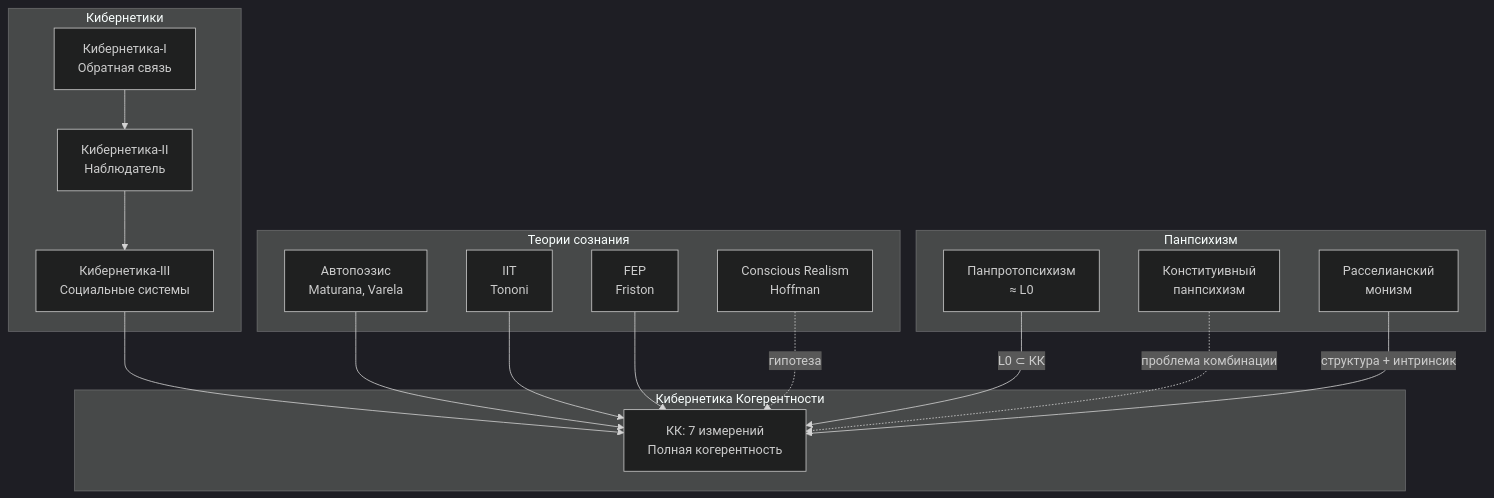
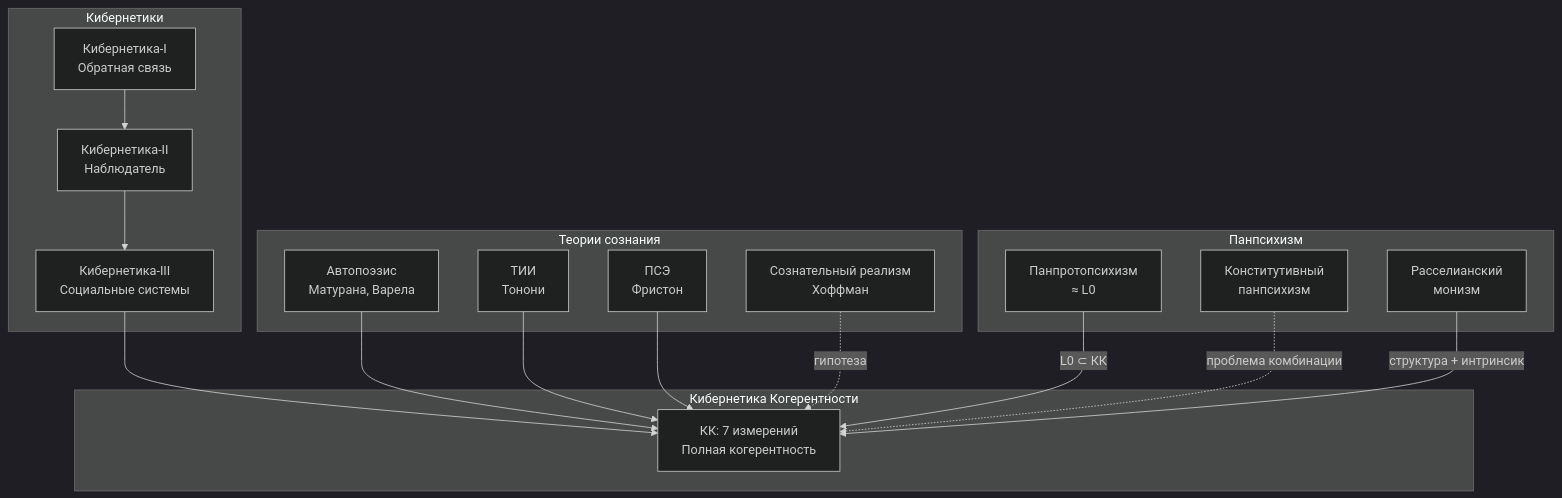
Before and after one commit to uhm-theory/holon: the first of 2 diagrams in website/docs/applied/coherence-cybernetics/hierarchy.md, drawn with Mermaid (dark theme). The commit also changed other lines of this file and 36 other files, not shown here.

````diff
--- a/website/docs/applied/coherence-cybernetics/hierarchy.md
+++ b/website/docs/applied/coherence-cybernetics/hierarchy.md
@@ -448,30 +518,30 @@
 ```mermaid
 graph TB
     subgraph "Кибернетика Когерентности"
         KK[КК: 7 измерений<br/>Полная когерентность]
     end
     subgraph "Кибернетики"
         C1[Кибернетика-I<br/>Обратная связь]
         C2[Кибернетика-II<br/>Наблюдатель]
         C3[Кибернетика-III<br/>Социальные системы]
     end
     subgraph "Теории сознания"
-        AP[Автопоэзис<br/>Maturana, Varela]
-        IIT[IIT<br/>Tononi]
-        FEP[FEP<br/>Friston]
-        CR[Conscious Realism<br/>Hoffman]
+        AP[Автопоэзис<br/>Матурана, Варела]
+        IIT[ТИИ<br/>Тонони]
+        FEP[ПСЭ<br/>Фристон]
+        CR[Сознательный реализм<br/>Хоффман]
     end
     subgraph "Панпсихизм"
         PP[Панпротопсихизм<br/>≈ L0]
-        PC[Конституивный<br/>панпсихизм]
+        PC[Конститутивный<br/>панпсихизм]
         RM[Расселианский<br/>монизм]
     end
     C1 --> C2 --> C3 --> KK
     AP --> KK
     IIT --> KK
     FEP --> KK
     CR -.->|"гипотеза"| KK
     PP -->|"L0 ⊂ КК"| KK
     PC -.->|"проблема комбинации"| KK
     RM -->|"структура + интринсик"| KK
 ```
````
